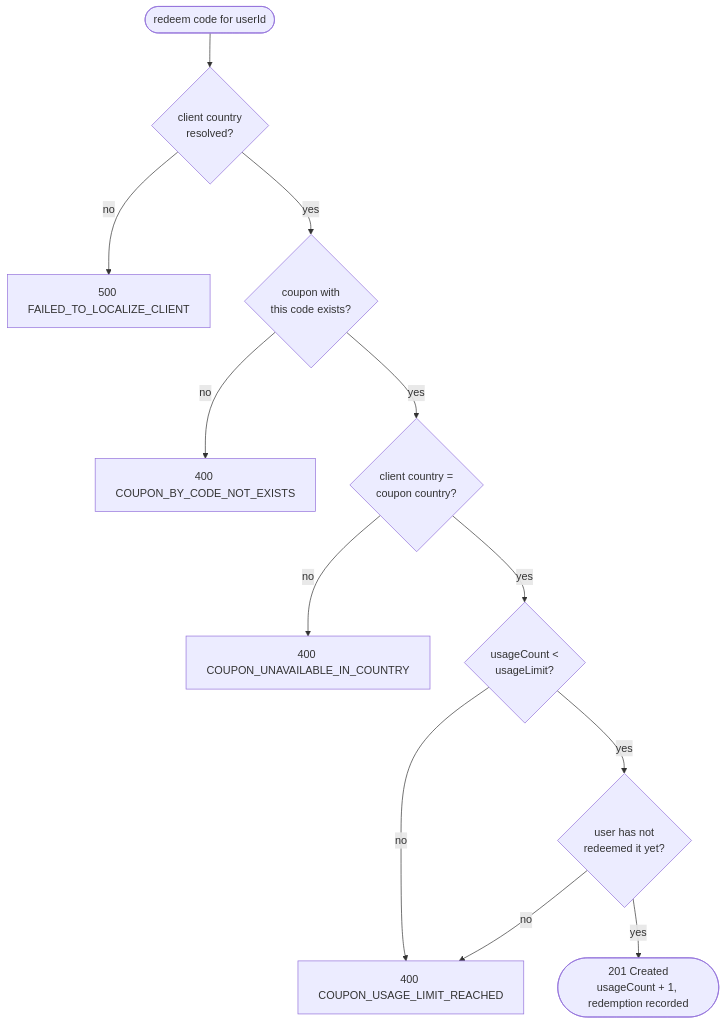
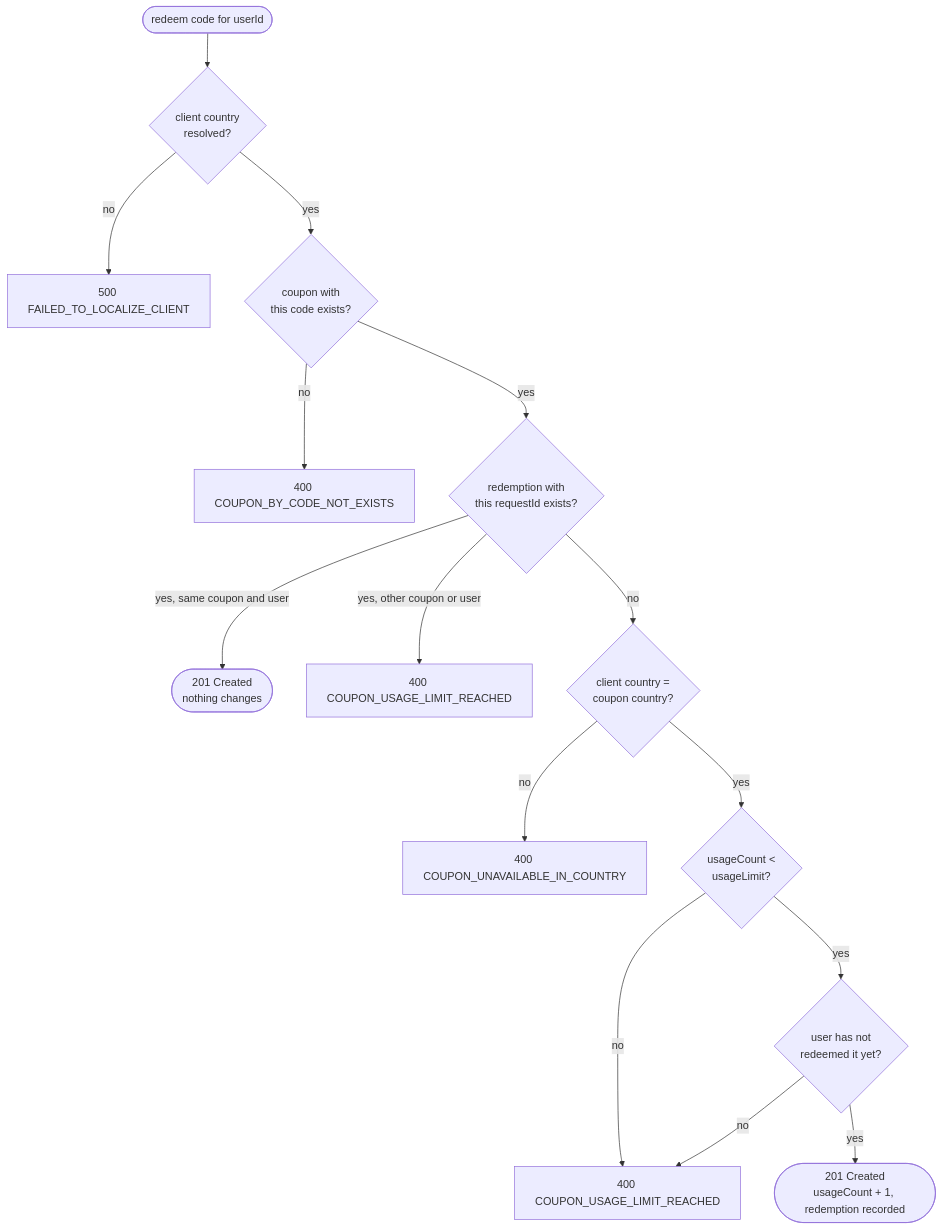
Before and after one commit to damianmalczewski/sample-coupon-service: the diagram in docs/Business-Rules.md, drawn with Mermaid. The commit also changed other lines of this file and 13 other files, not shown here.

````diff
--- a/docs/Business-Rules.md
+++ b/docs/Business-Rules.md
@@ -33,14 +34,17 @@
 ```mermaid
 flowchart TD
     start(["redeem code for userId"]) --> geo{"client country<br/>resolved?"}
     geo -- no --> e500["500 FAILED_TO_LOCALIZE_CLIENT"]
     geo -- yes --> exists{"coupon with<br/>this code exists?"}
     exists -- no --> e1["400 COUPON_BY_CODE_NOT_EXISTS"]
-    exists -- yes --> country{"client country =<br/>coupon country?"}
+    exists -- yes --> request{"redemption with<br/>this requestId exists?"}
+    request -- "yes, same coupon and user" --> replay(["201 Created<br/>nothing changes"])
+    request -- "yes, other coupon or user" --> e5["400 COUPON_USAGE_LIMIT_REACHED"]
+    request -- no --> country{"client country =<br/>coupon country?"}
     country -- no --> e2["400 COUPON_UNAVAILABLE_IN_COUNTRY"]
     country -- yes --> limit{"usageCount <<br/>usageLimit?"}
     limit -- no --> e3["400 COUPON_USAGE_LIMIT_REACHED"]
     limit -- yes --> user{"user has not<br/>redeemed it yet?"}
     user -- no --> e3
     user -- yes --> ok(["201 Created<br/>usageCount + 1, redemption recorded"])
 ```
````
